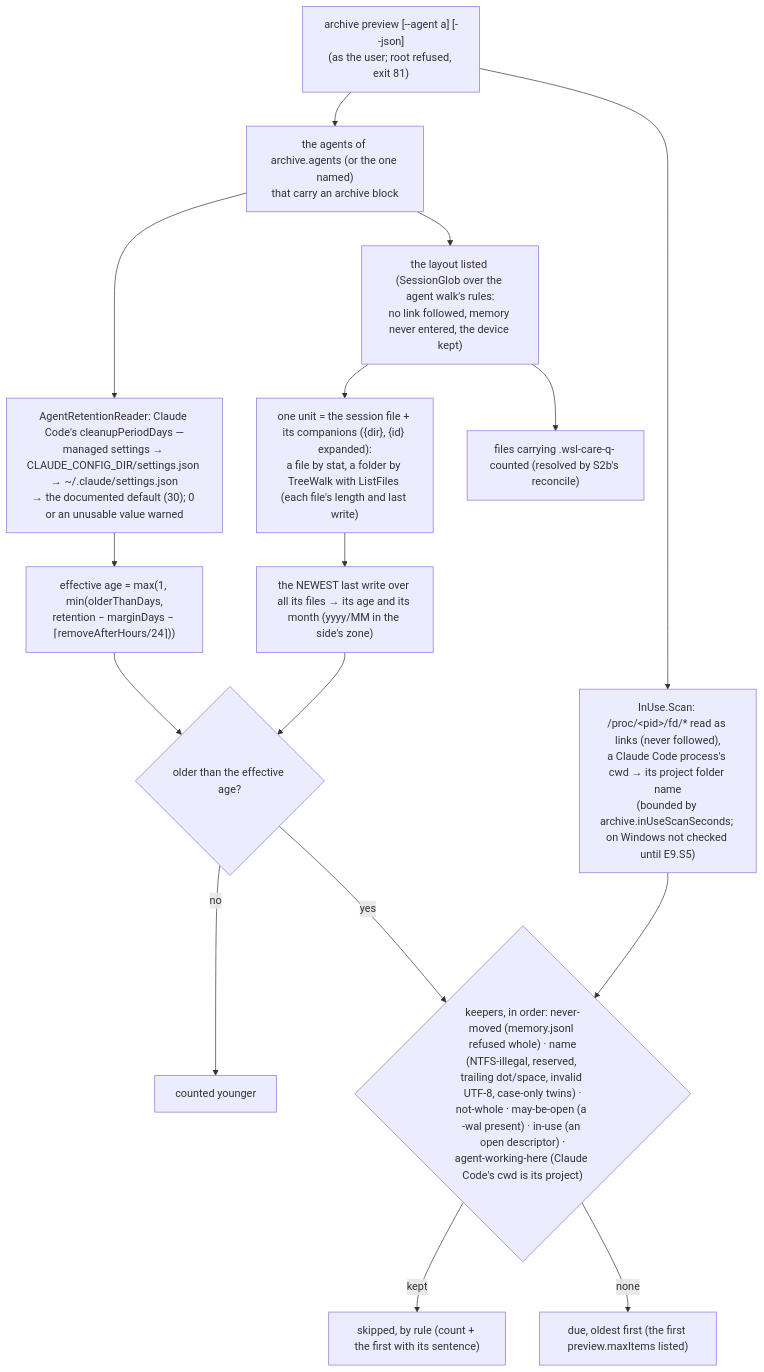
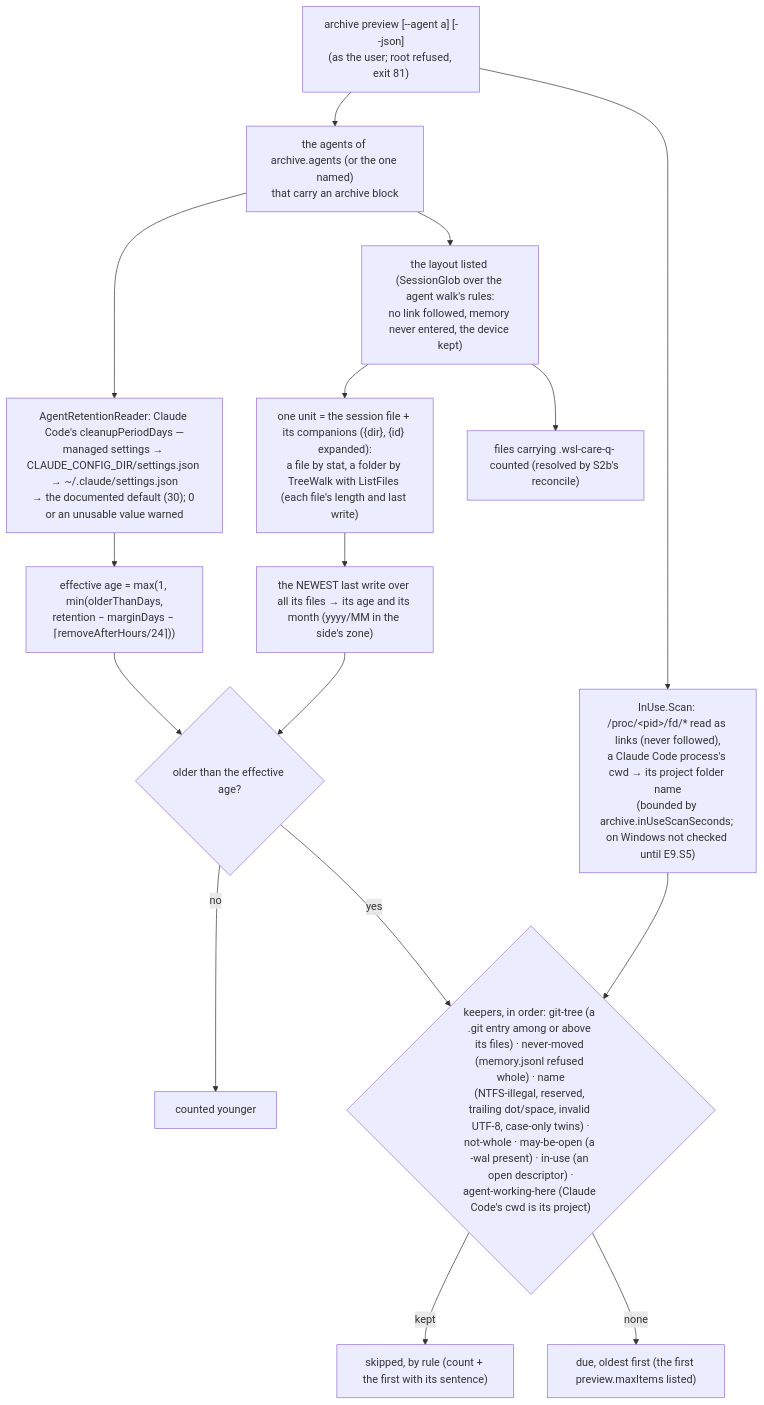
The fourth of 5 diagrams in research/module_archive.md (oleksandrdubyna88/wsl_care), drawn with Mermaid before and after one commit. The commit also changed other lines of this file and 13 other files, not shown here.

````diff
--- a/research/module_archive.md
+++ b/research/module_archive.md
@@ -257,18 +259,18 @@
 ```mermaid
 flowchart TD
     verb["archive preview [--agent a] [--json]<br/>(as the user; root refused, exit 81)"] --> inuse["InUse.Scan: /proc/&lt;pid&gt;/fd/* read as links (never followed),<br/>a Claude Code process's cwd → its project folder name<br/>(bounded by archive.inUseScanSeconds; on Windows not checked until E9.S5)"]
     verb --> agents["the agents of archive.agents (or the one named)<br/>that carry an archive block"]
     agents --> retention["AgentRetentionReader: Claude Code's cleanupPeriodDays —<br/>managed settings → CLAUDE_CONFIG_DIR/settings.json → ~/.claude/settings.json<br/>→ the documented default (30); 0 or an unusable value warned"]
     retention --> age["effective age = max(1, min(olderThanDays,<br/>retention − marginDays − ⌈removeAfterHours/24⌉))"]
     agents --> list["the layout listed (SessionGlob over the agent walk's rules:<br/>no link followed, memory never entered, the device kept)"]
     list --> unit["one unit = the session file + its companions ({dir}, {id} expanded):<br/>a file by stat, a folder by TreeWalk with ListFiles (each file's length and last write)"]
     unit --> newest["the NEWEST last write over all its files → its age and its month (yyyy/MM in the side's zone)"]
     age --> due{"older than the effective age?"}
     newest --> due
     due -- no --> younger["counted younger"]
-    due -- yes --> keepers{"keepers, in order: never-moved (memory.jsonl refused whole) · name<br/>(NTFS-illegal, reserved, trailing dot/space, invalid UTF-8, case-only twins) ·<br/>not-whole · may-be-open (a -wal present) · in-use (an open descriptor) ·<br/>agent-working-here (Claude Code's cwd is its project)"}
+    due -- yes --> keepers{"keepers, in order: git-tree (a .git entry among or above its files) · never-moved (memory.jsonl refused whole) · name<br/>(NTFS-illegal, reserved, trailing dot/space, invalid UTF-8, case-only twins) ·<br/>not-whole · may-be-open (a -wal present) · in-use (an open descriptor) ·<br/>agent-working-here (Claude Code's cwd is its project)"}
     inuse --> keepers
     keepers -- kept --> skipped["skipped, by rule (count + the first with its sentence)"]
     keepers -- none --> taken["due, oldest first (the first preview.maxItems listed)"]
     list --> quarantine["files carrying .wsl-care-q- counted (resolved by S2b's reconcile)"]
 ```
````
